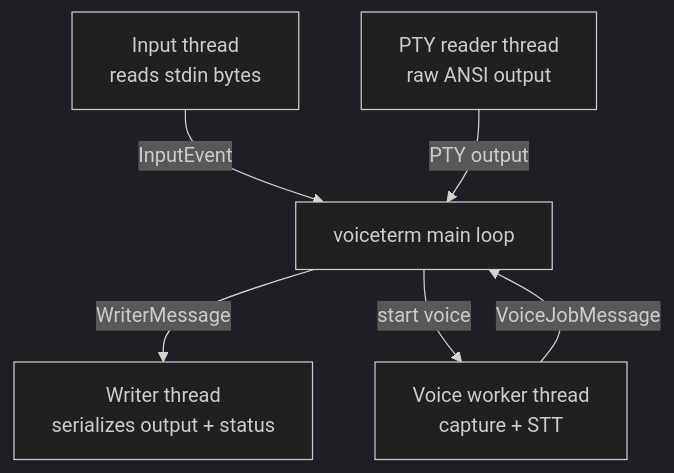
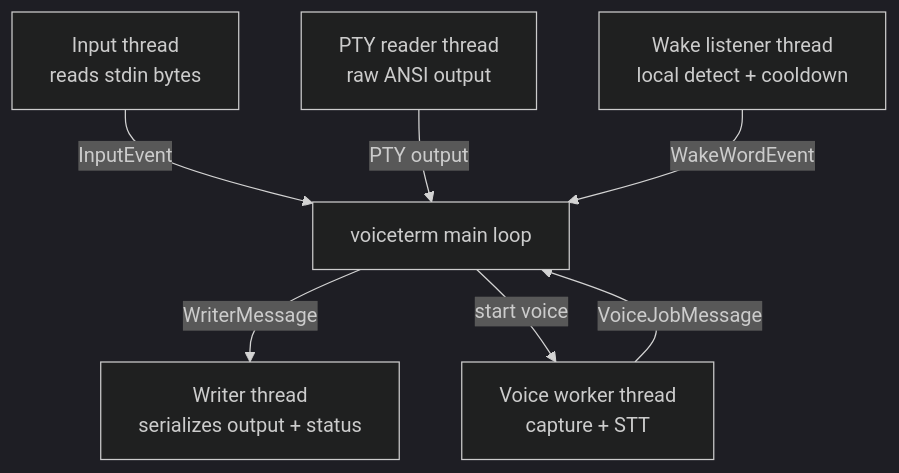
One commit to jguida941/voiceterm changed the second of 11 diagrams in dev/ARCHITECTURE.md. Above: the diagram before and after it, drawn with Mermaid (dark theme). The commit also changed other lines of this file and 82 other files, not shown here.

````diff
--- a/dev/ARCHITECTURE.md
+++ b/dev/ARCHITECTURE.md
@@ -109,14 +109,16 @@
 ```mermaid
 graph TD
   Main["voiceterm main loop"]
   InputThread["Input thread<br>reads stdin bytes"]
   PtyReader["PTY reader thread<br>raw ANSI output"]
   WriterThread["Writer thread<br>serializes output + status"]
   VoiceThread["Voice worker thread<br>capture + STT"]
+  WakeThread["Wake listener thread<br>local detect + cooldown"]
 
   InputThread -->|InputEvent| Main
   PtyReader -->|PTY output| Main
+  WakeThread -->|WakeWordEvent| Main
   Main -->|WriterMessage| WriterThread
   Main -->|start voice| VoiceThread
   VoiceThread -->|VoiceJobMessage| Main
 ```
````
